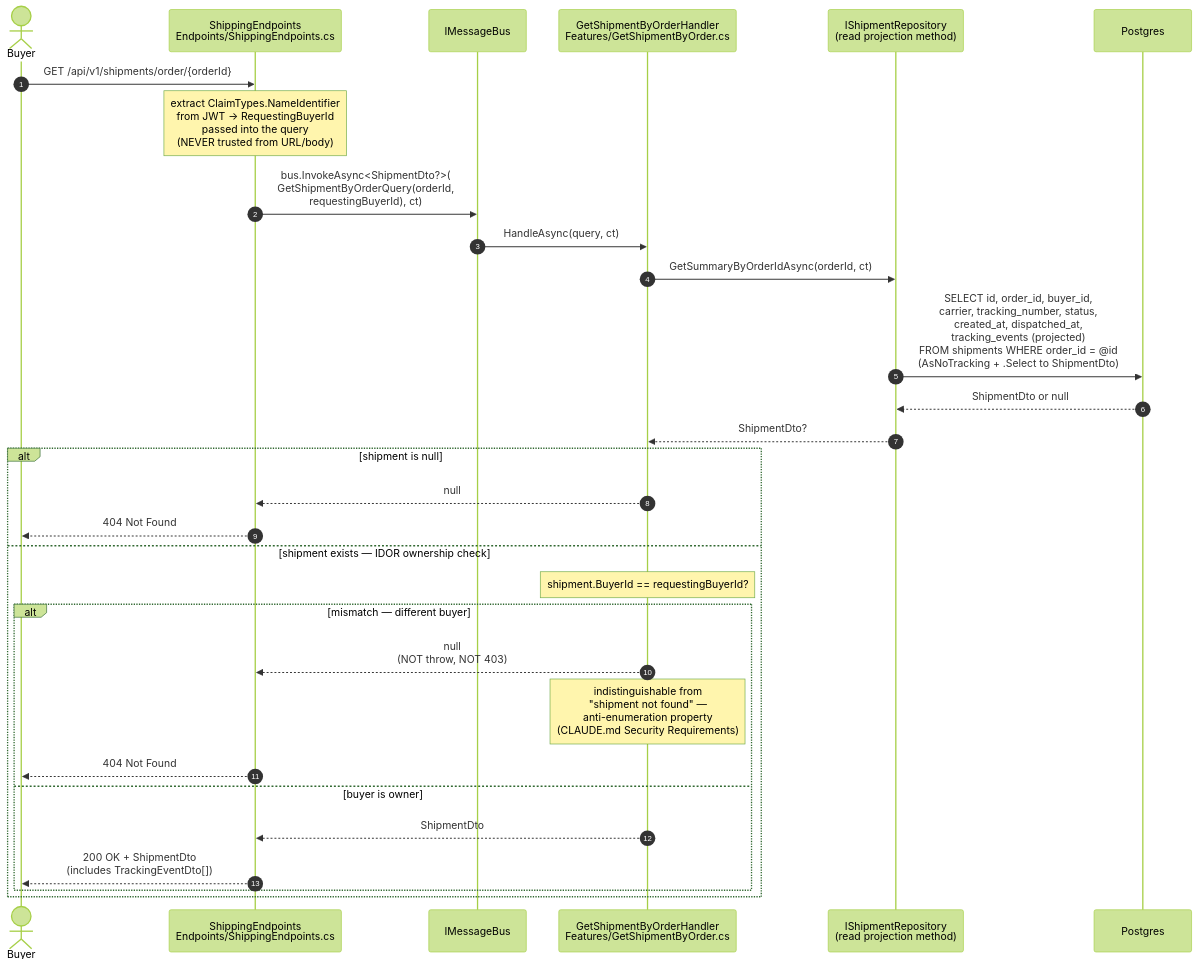
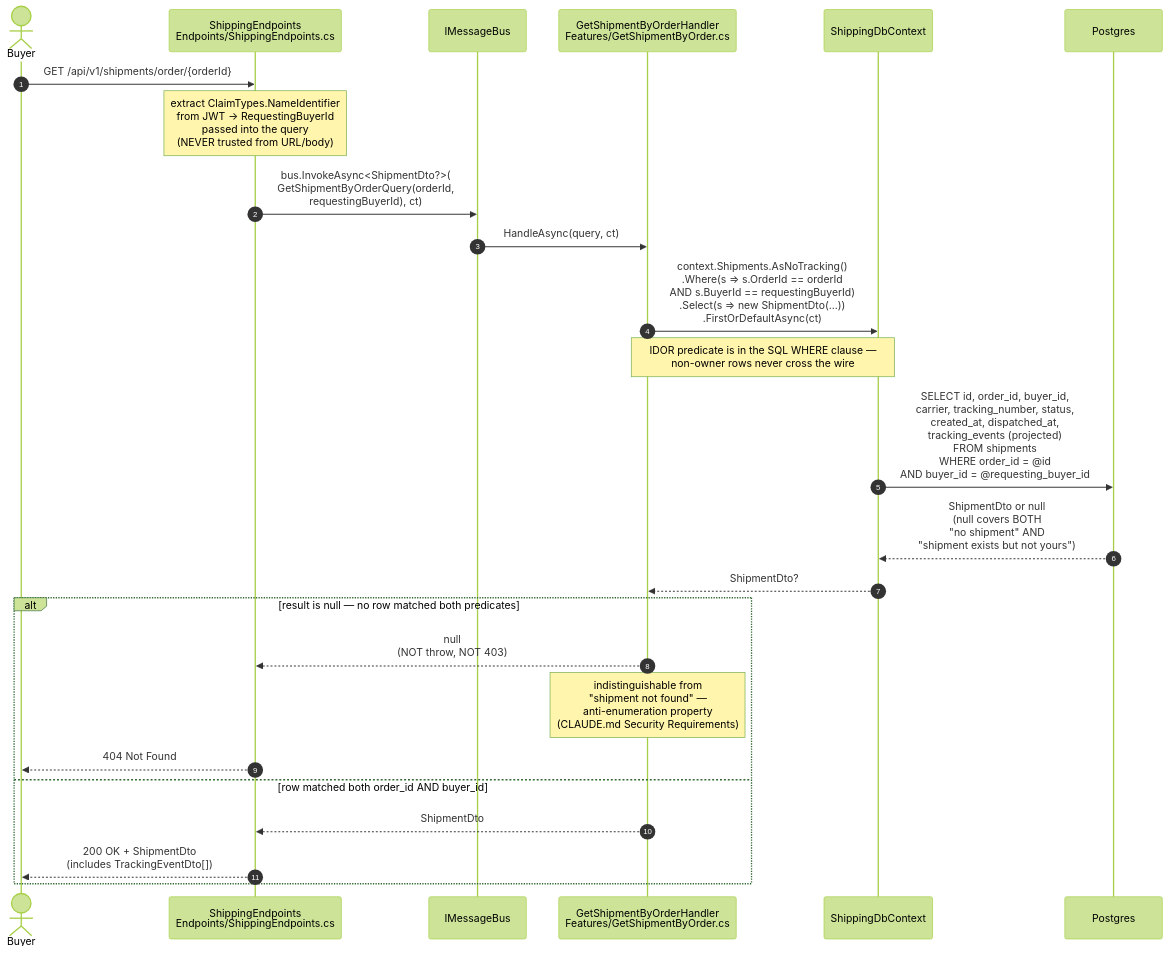
The second of 3 diagrams in docs/code-flows/shippingservice.md (emeraldleaf/NextAurora), drawn with Mermaid (forest theme) before and after one commit. The commit also changed other lines of this file and 41 other files, not shown here.

````diff
--- a/docs/code-flows/shippingservice.md
+++ b/docs/code-flows/shippingservice.md
@@ -65,35 +66,30 @@
 ```mermaid
 sequenceDiagram
     autonumber
     actor Buyer
     participant EP as ShippingEndpoints<br/>Endpoints/ShippingEndpoints.cs
     participant Bus as IMessageBus
     participant H as GetShipmentByOrderHandler<br/>Features/GetShipmentByOrder.cs
-    participant Repo as IShipmentRepository<br/>(read projection method)
+    participant Ctx as ShippingDbContext
     participant DB as Postgres
 
     Buyer->>EP: GET /api/v1/shipments/order/{orderId}
     Note over EP: extract ClaimTypes.NameIdentifier<br/>from JWT → RequestingBuyerId<br/>passed into the query<br/>(NEVER trusted from URL/body)
     EP->>Bus: bus.InvokeAsync<ShipmentDto?>(<br/>  GetShipmentByOrderQuery(orderId,<br/>    requestingBuyerId), ct)
     Bus->>H: HandleAsync(query, ct)
 
-    H->>Repo: GetSummaryByOrderIdAsync(orderId, ct)
-    Repo->>DB: SELECT id, order_id, buyer_id,<br/>carrier, tracking_number, status,<br/>created_at, dispatched_at,<br/>tracking_events (projected)<br/>FROM shipments WHERE order_id = @id<br/>(AsNoTracking + .Select to ShipmentDto)
-    DB-->>Repo: ShipmentDto or null
-    Repo-->>H: ShipmentDto?
+    H->>Ctx: context.Shipments.AsNoTracking()<br/>.Where(s => s.OrderId == orderId<br/>  AND s.BuyerId == requestingBuyerId)<br/>.Select(s => new ShipmentDto(...))<br/>.FirstOrDefaultAsync(ct)
+    Note over H,Ctx: IDOR predicate is in the SQL WHERE clause —<br/>non-owner rows never cross the wire
+    Ctx->>DB: SELECT id, order_id, buyer_id,<br/>carrier, tracking_number, status,<br/>created_at, dispatched_at,<br/>tracking_events (projected)<br/>FROM shipments<br/>WHERE order_id = @id<br/>  AND buyer_id = @requesting_buyer_id
+    DB-->>Ctx: ShipmentDto or null<br/>(null covers BOTH<br/>"no shipment" AND<br/>"shipment exists but not yours")
+    Ctx-->>H: ShipmentDto?
 
-    alt shipment is null
-        H-->>EP: null
+    alt result is null — no row matched both predicates
+        H-->>EP: null<br/>(NOT throw, NOT 403)
+        Note over H: indistinguishable from<br/>"shipment not found" —<br/>anti-enumeration property<br/>(CLAUDE.md Security Requirements)
         EP-->>Buyer: 404 Not Found
-    else shipment exists — IDOR ownership check
-        Note over H: shipment.BuyerId == requestingBuyerId?
-        alt mismatch — different buyer
-            H-->>EP: null<br/>(NOT throw, NOT 403)
-            Note over H: indistinguishable from<br/>"shipment not found" —<br/>anti-enumeration property<br/>(CLAUDE.md Security Requirements)
-            EP-->>Buyer: 404 Not Found
-        else buyer is owner
-            H-->>EP: ShipmentDto
-            EP-->>Buyer: 200 OK + ShipmentDto<br/>(includes TrackingEventDto[])
-        end
+    else row matched both order_id AND buyer_id
+        H-->>EP: ShipmentDto
+        EP-->>Buyer: 200 OK + ShipmentDto<br/>(includes TrackingEventDto[])
     end
 ```
````
